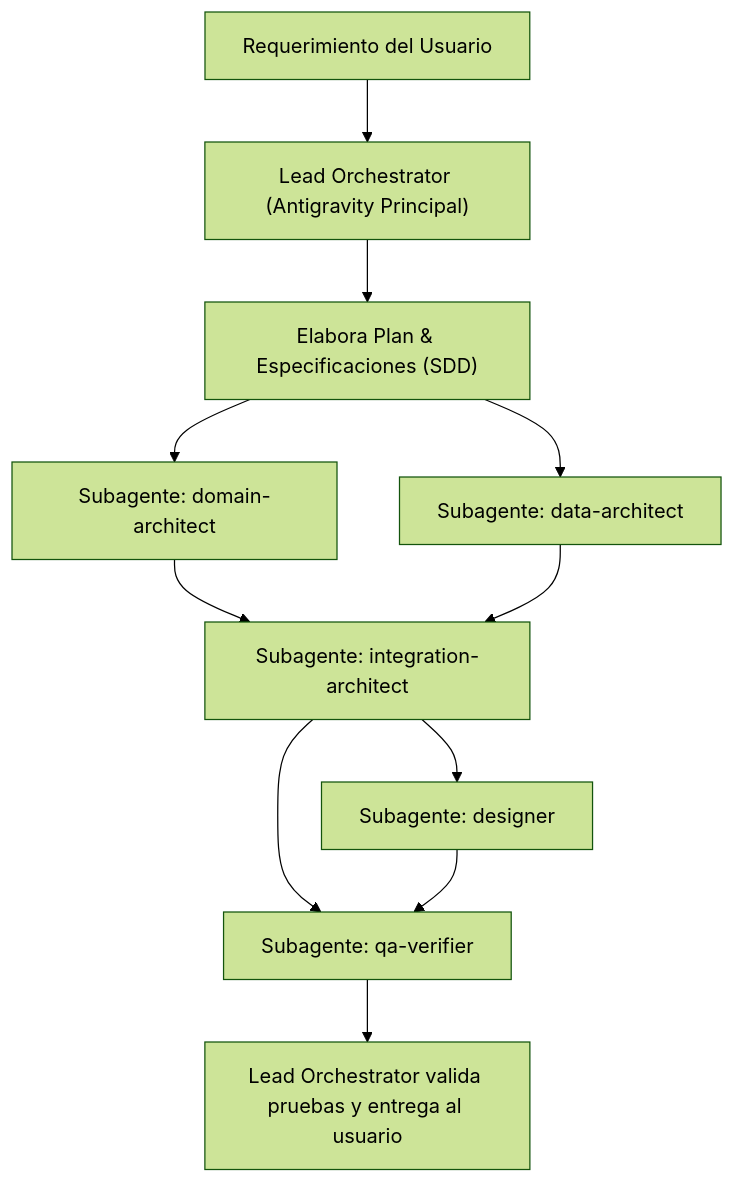
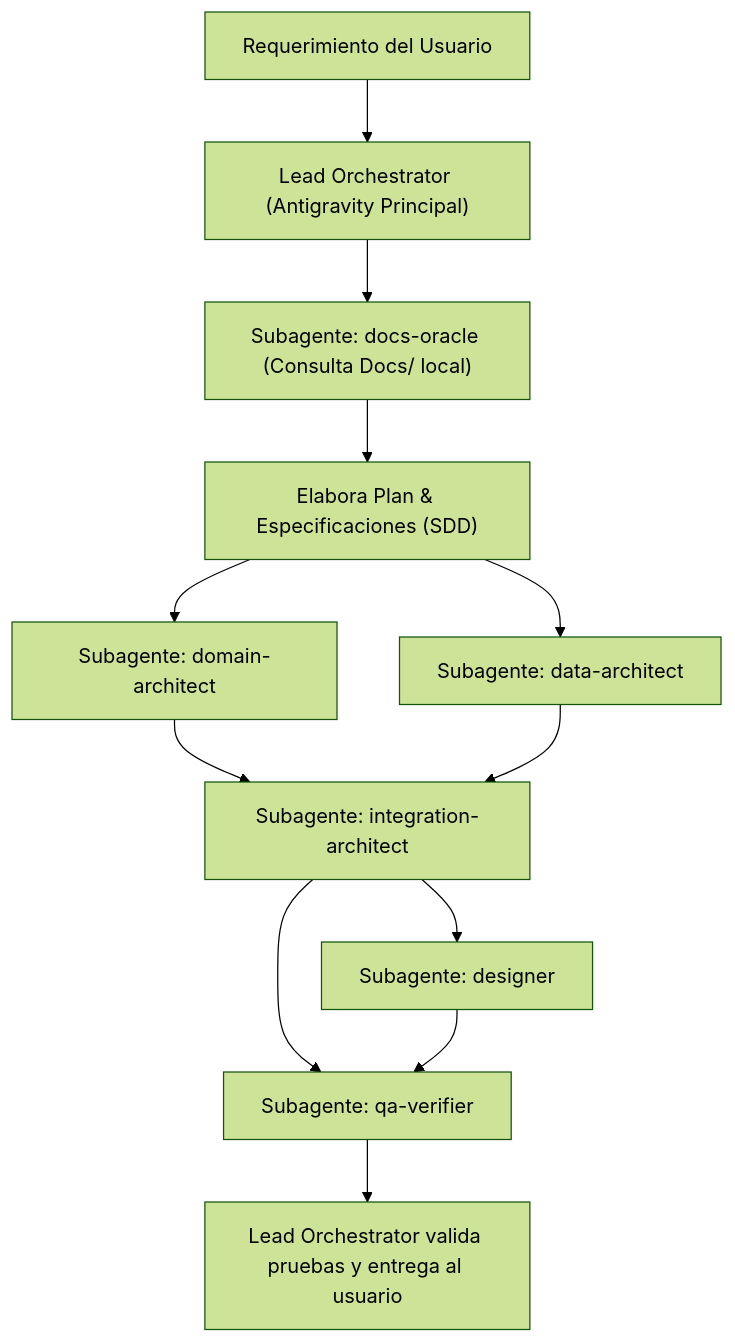
The diagram in AGENTS.md (danieldiaz54/GNVManager), drawn with Mermaid (forest theme) before and after one commit. The commit also changed other lines of this file and 1 other file, not shown here.

Commit message:
feat(agents): registrar subagente docs-oracle para consulta local de documentacion

````diff
--- a/AGENTS.md
+++ b/AGENTS.md
@@ -80,13 +88,14 @@
 ```mermaid
 flowchart TD
     User["Requerimiento del Usuario"] --> Orch["Lead Orchestrator (Antigravity Principal)"]
-    Orch --> Plan["Elabora Plan & Especificaciones (SDD)"]
+    Orch --> DocsOracle["Subagente: docs-oracle (Consulta Docs/ local)"]
+    DocsOracle --> Plan["Elabora Plan & Especificaciones (SDD)"]
     Plan --> Domain["Subagente: domain-architect"]
     Plan --> Data["Subagente: data-architect"]
     Domain --> Integration["Subagente: integration-architect"]
     Data --> Integration
     Integration --> UI["Subagente: designer"]
     Integration --> QA["Subagente: qa-verifier"]
     UI --> QA
     QA --> Review["Lead Orchestrator valida pruebas y entrega al usuario"]
 ```
````
